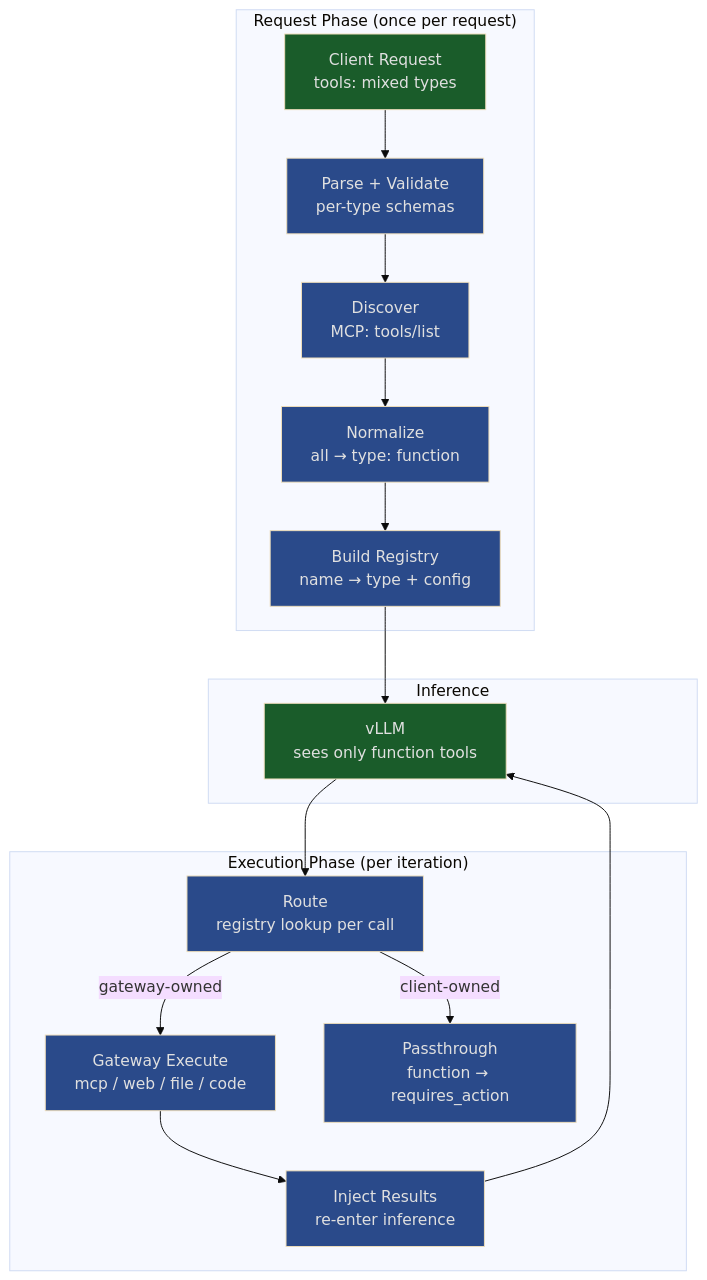
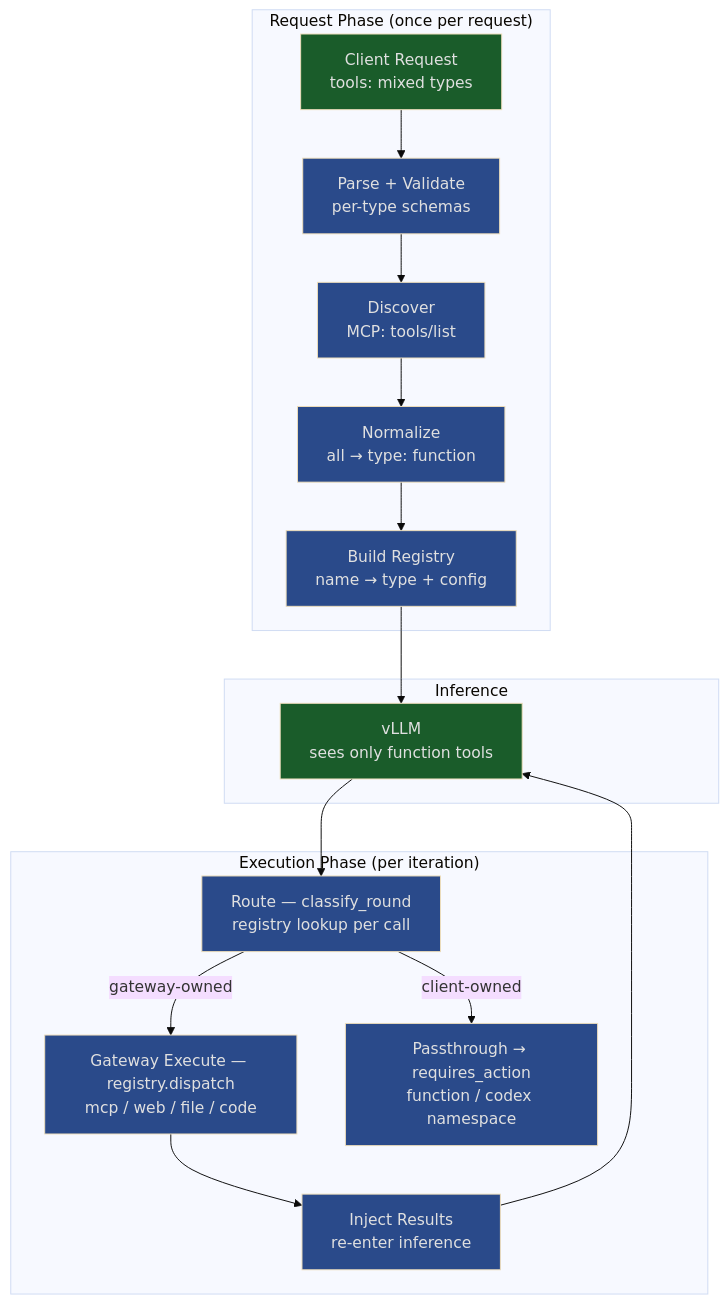
One commit to vllm-project/agentic-api changed the first of 2 diagrams in docs/design/tool-framework.md. Above: the diagram before and after it, drawn with Mermaid (base theme). The commit also changed other lines of this file, not shown here.

````diff
--- a/docs/design/tool-framework.md
+++ b/docs/design/tool-framework.md
@@ -28,39 +37,39 @@
 ```mermaid
 graph TD
     subgraph "Request Phase (once per request)"
         REQ["Client Request<br>tools: mixed types"]
         PARSE["Parse + Validate<br>per-type schemas"]
         DISC["Discover<br>MCP: tools/list"]
         NORM["Normalize<br>all → type: function"]
         REG["Build Registry<br>name → type + config"]
     end
 
     subgraph "Inference"
         VLLM["vLLM<br>sees only function tools"]
     end
 
     subgraph "Execution Phase (per iteration)"
-        ROUTE["Route<br>registry lookup per call"]
-        EXEC_GW["Gateway Execute<br>mcp / web / file / code"]
-        PASS["Passthrough<br>function → requires_action"]
+        ROUTE["Route — classify_round<br>registry lookup per call"]
+        EXEC_GW["Gateway Execute — registry.dispatch<br>mcp / web / file / code"]
+        PASS["Passthrough → requires_action<br>function / codex namespace"]
         LOOP["Inject Results<br>re-enter inference"]
     end
 
     REQ --> PARSE --> DISC --> NORM --> REG
     REG --> VLLM
     VLLM --> ROUTE
     ROUTE -->|gateway-owned| EXEC_GW
     ROUTE -->|client-owned| PASS
     EXEC_GW --> LOOP --> VLLM
 
     style REQ fill:#1a5c2a,color:#e0e0e0
     style VLLM fill:#1a5c2a,color:#e0e0e0
     style PARSE fill:#2a4a8a,color:#e0e0e0
     style DISC fill:#2a4a8a,color:#e0e0e0
     style NORM fill:#2a4a8a,color:#e0e0e0
     style REG fill:#2a4a8a,color:#e0e0e0
     style ROUTE fill:#2a4a8a,color:#e0e0e0
     style EXEC_GW fill:#2a4a8a,color:#e0e0e0
     style PASS fill:#2a4a8a,color:#e0e0e0
     style LOOP fill:#2a4a8a,color:#e0e0e0
 ```
````
